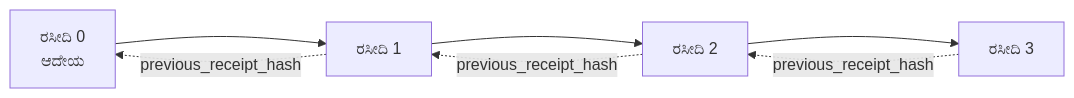
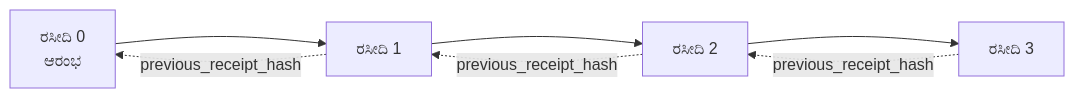
One commit to microsoft/ai-agents-for-beginners changed the second of 2 diagrams in translations/kn/18-securing-ai-agents/README.md. Above: the diagram before and after it, drawn with Mermaid. The commit also changed other lines of this file and 224 other files, not shown here.

````diff
--- a/translations/kn/18-securing-ai-agents/README.md
+++ b/translations/kn/18-securing-ai-agents/README.md
@@ -206,9 +206,9 @@
 ```mermaid
 flowchart LR
-    R0[ರಸೀದಿ 0<br/>ಆದೇಯ] --> R1[ರಸೀದಿ 1]
+    R0[ರಸೀದಿ 0<br/>ಆರಂಭ] --> R1[ರಸೀದಿ 1]
     R1 --> R2[ರಸೀದಿ 2]
     R2 --> R3[ರಸೀದಿ 3]
     R1 -. previous_receipt_hash .-> R0
     R2 -. previous_receipt_hash .-> R1
     R3 -. previous_receipt_hash .-> R2
 ```
````
